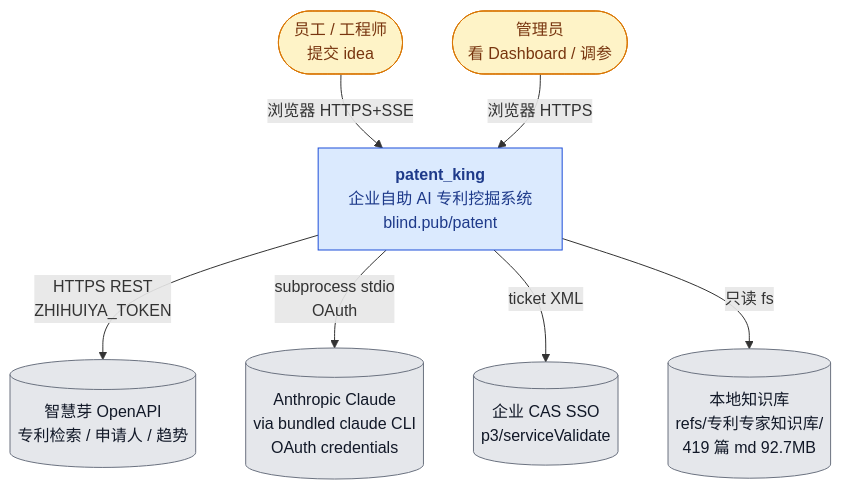
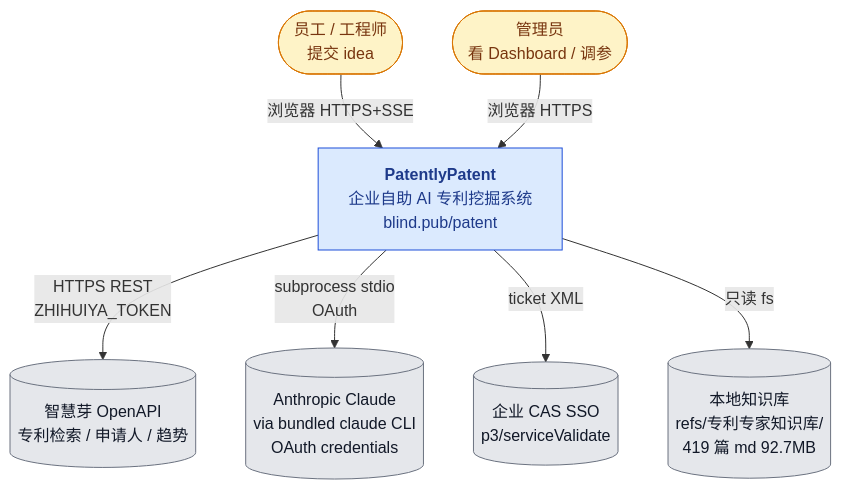
Before and after one commit to ChuangLee/PatentlyPatent: the first of 12 diagrams in docs/hld.md, drawn with Mermaid. The commit also changed other lines of this file and 22 other files, not shown here.

````diff
--- a/docs/hld.md
+++ b/docs/hld.md
@@ -36,27 +36,27 @@
 ```mermaid
 graph TD
     classDef user fill:#fef3c7,stroke:#d97706,color:#78350f
     classDef sys fill:#dbeafe,stroke:#1d4ed8,color:#1e3a8a
     classDef ext fill:#e5e7eb,stroke:#6b7280,color:#111827
 
     USER([员工 / 工程师<br/>提交 idea])
     ADMIN([管理员<br/>看 Dashboard / 调参])
 
-    SYS[<b>patent_king</b><br/>企业自助 AI 专利挖掘系统<br/>blind.pub/patent]
+    SYS[<b>PatentlyPatent</b><br/>企业自助 AI 专利挖掘系统<br/>blind.pub/patent]
 
     ZHY[(智慧芽 OpenAPI<br/>专利检索 / 申请人 / 趋势)]
     ANTH[(Anthropic Claude<br/>via bundled claude CLI<br/>OAuth credentials)]
     CAS[(企业 CAS SSO<br/>p3/serviceValidate)]
     KB[(本地知识库<br/>refs/专利专家知识库/<br/>419 篇 md 92.7MB)]
 
     USER -- 浏览器 HTTPS+SSE --> SYS
     ADMIN -- 浏览器 HTTPS --> SYS
     SYS -- HTTPS REST<br/>ZHIHUIYA_TOKEN --> ZHY
     SYS -- subprocess stdio<br/>OAuth --> ANTH
     SYS -- ticket XML --> CAS
     SYS -- 只读 fs --> KB
 
     class USER,ADMIN user
     class SYS sys
     class ZHY,ANTH,CAS,KB ext
 ```
````
